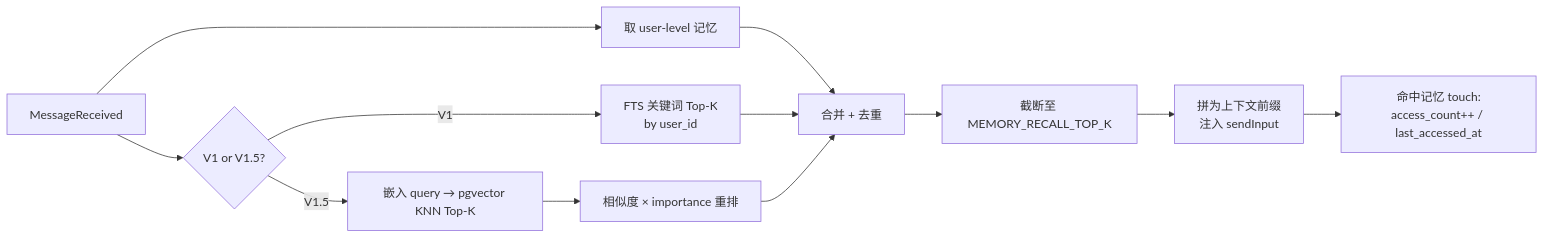
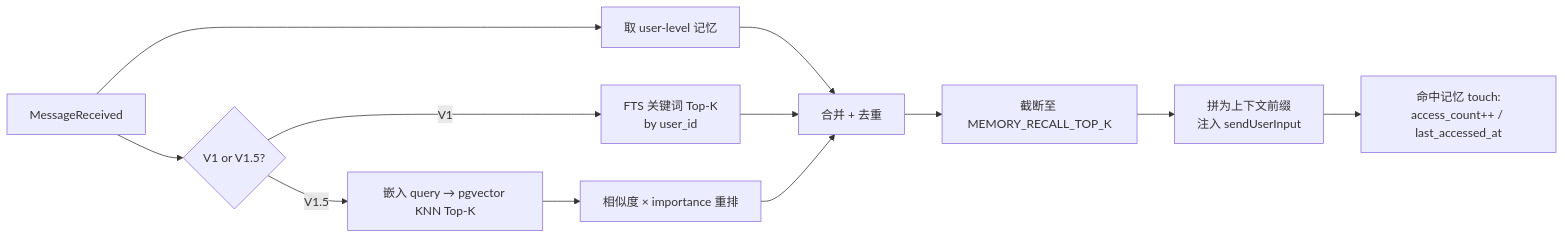
Before and after one commit to ygq-future/ai-cli-hub: the second of 2 diagrams in docs/06-Memory-Design.md, drawn with Mermaid. The commit also changed 7 other files, not shown here.

````diff
--- a/docs/06-Memory-Design.md
+++ b/docs/06-Memory-Design.md
@@ -76,14 +76,14 @@
 ```mermaid
 flowchart LR
     IN[MessageReceived] --> U[取 user-level 记忆]
     IN --> R{V1 or V1.5?}
     R -->|V1| FTS[FTS 关键词 Top-K<br/>by user_id]
     R -->|V1.5| VEC[嵌入 query → pgvector KNN Top-K]
     U --> MERGE[合并 + 去重]
     FTS --> MERGE
     VEC --> RANK[相似度 × importance 重排]
     RANK --> MERGE
     MERGE --> CAP[截断至 MEMORY_RECALL_TOP_K]
-    CAP --> INJ[拼为上下文前缀<br/>注入 sendInput]
+    CAP --> INJ[拼为上下文前缀<br/>注入 sendUserInput]
     INJ --> TOUCH[命中记忆 touch:<br/>access_count++ / last_accessed_at]
 ```
````
